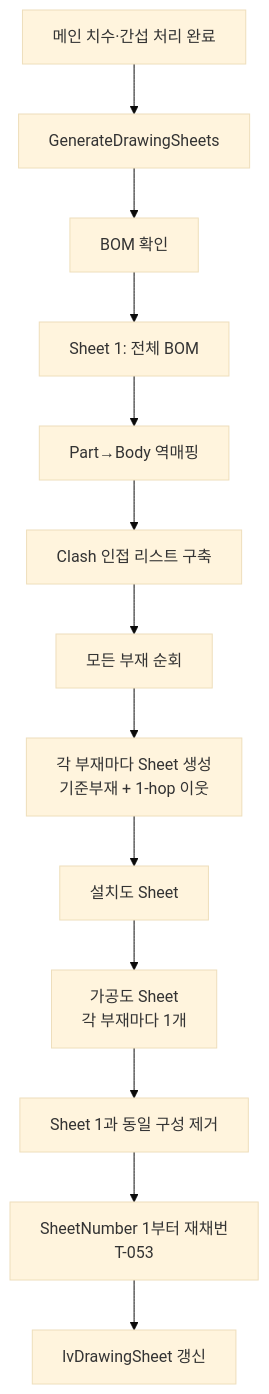
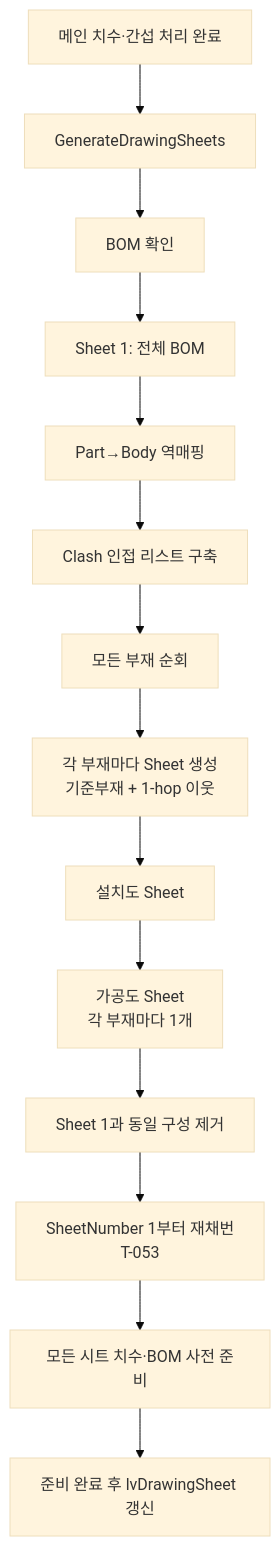
One commit to uuuuj/a2z changed the diagram in docs/기능/도면시트/시트 자동 생성.md. Above: the diagram before and after it, drawn with Mermaid (base theme). The commit also changed other lines of this file and 17 other files, not shown here.

````diff
--- a/docs/기능/도면시트/시트 자동 생성.md
+++ b/docs/기능/도면시트/시트 자동 생성.md
@@ -29,15 +29,16 @@
 ```mermaid
 flowchart TD
     A[메인 치수·간섭 처리 완료] --> B[GenerateDrawingSheets]
     B --> C[BOM 확인]
     C --> D[Sheet 1: 전체 BOM]
     D --> E[Part→Body 역매핑]
     E --> F[Clash 인접 리스트 구축]
     F --> G[모든 부재 순회]
     G --> H[각 부재마다 Sheet 생성<br/>기준부재 + 1-hop 이웃]
     H --> I[설치도 Sheet]
     I --> J[가공도 Sheet<br/>각 부재마다 1개]
     J --> K[Sheet 1과 동일 구성 제거]
     K --> K2[SheetNumber 1부터 재채번<br/>T-053]
-    K2 --> L[lvDrawingSheet 갱신]
+    K2 --> K3[모든 시트 치수·BOM 사전 준비]
+    K3 --> L[준비 완료 후 lvDrawingSheet 갱신]
 ```
````
